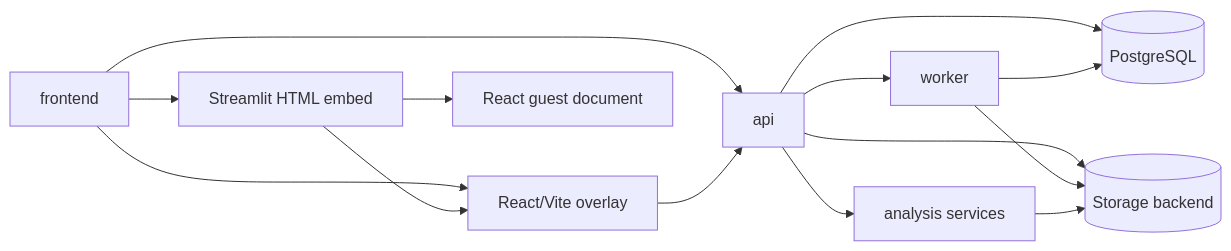
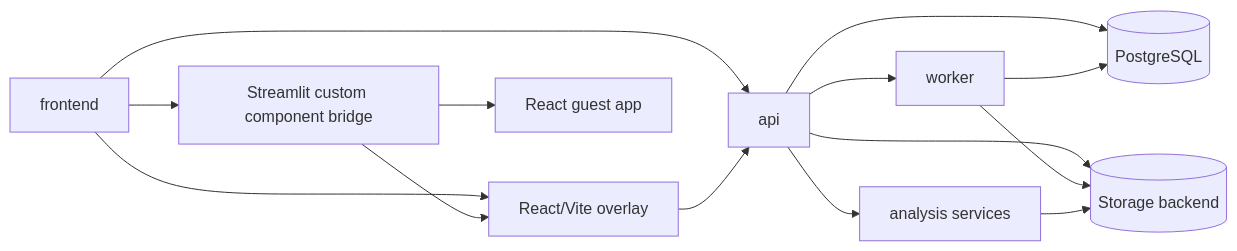
The diagram in artifacts/semantic_contracts/modules_overview.md (another-worlds/traffic-counter), drawn with Mermaid before and after one commit. The commit also changed other lines of this file and 62 other files, not shown here.

````diff
--- a/artifacts/semantic_contracts/modules_overview.md
+++ b/artifacts/semantic_contracts/modules_overview.md
@@ -20,16 +20,16 @@
 ```mermaid
 flowchart LR
     Frontend[frontend] --> Api[api]
     Api --> Db[(PostgreSQL)]
     Api --> Storage[(Storage backend)]
     Api --> Worker[worker]
     Worker --> Storage
     Worker --> Db
     Api --> Analysis[analysis services]
     Analysis --> Storage
     Frontend --> Hybrid[React/Vite overlay]
-    Frontend --> Bridge[Streamlit HTML embed]
+    Frontend --> Bridge[Streamlit custom component bridge]
     Bridge --> Hybrid
     Hybrid --> Api
-    Bridge --> Guest[React guest document]
+    Bridge --> Guest[React guest app]
 ```
````
